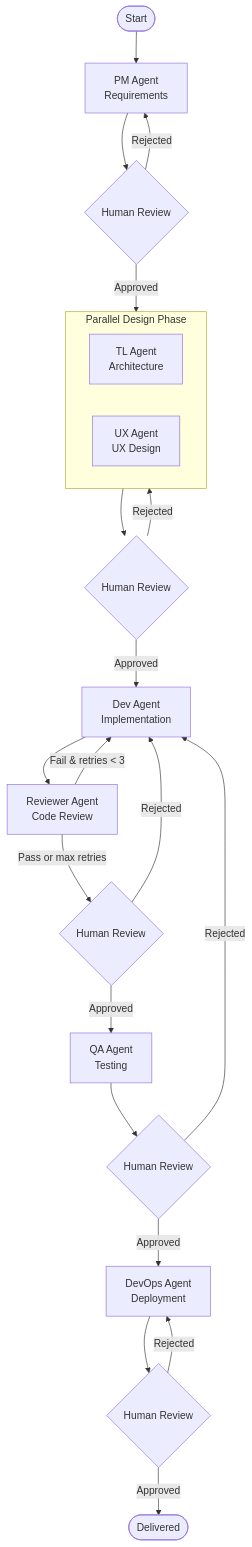
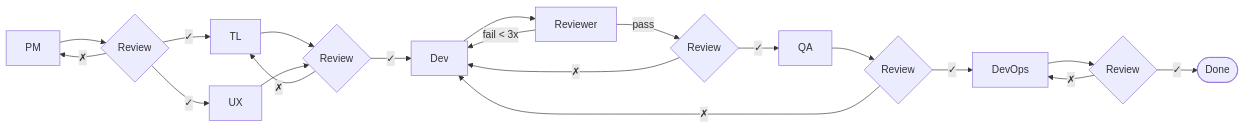
One commit to mingkai2015/agent-team changed the diagram in README.md. Above: the diagram before and after it, drawn with Mermaid. The commit also changed other lines of this file, not shown here.

Commit message:
Compact workflow diagram and template line

````diff
--- a/README.md
+++ b/README.md
@@ -31,30 +31,20 @@
 ```mermaid
-graph TD
-    A([Start]) --> PM[PM Agent\nRequirements]
-    PM --> HR1{Human Review}
-    HR1 -->|Approved| DD[Parallel Design]
-    HR1 -->|Rejected| PM
-
-    subgraph DD[Parallel Design Phase]
-        TL[TL Agent\nArchitecture]
-        UX[UX Agent\nUX Design]
-    end
-
-    DD --> HR2{Human Review}
-    HR2 -->|Approved| DEV[Dev Agent\nImplementation]
-    HR2 -->|Rejected| DD
-
-    DEV --> REV[Reviewer Agent\nCode Review]
-    REV -->|Fail & retries < 3| DEV
-    REV -->|Pass or max retries| HR3{Human Review}
-    HR3 -->|Approved| QA[QA Agent\nTesting]
-    HR3 -->|Rejected| DEV
-
-    QA --> HR4{Human Review}
-    HR4 -->|Approved| OPS[DevOps Agent\nDeployment]
-    HR4 -->|Rejected| DEV
-
-    OPS --> HR5{Human Review}
-    HR5 -->|Approved| DONE([Delivered])
-    HR5 -->|Rejected| OPS
+graph LR
+    PM[PM] --> G1{Review}
+    G1 -->|✓| TL[TL] & UX[UX]
+    G1 -->|✗| PM
+    TL & UX --> G2{Review}
+    G2 -->|✓| DEV[Dev]
+    G2 -->|✗| TL
+    DEV --> REV[Reviewer]
+    REV -->|fail < 3x| DEV
+    REV -->|pass| G3{Review}
+    G3 -->|✓| QA[QA]
+    G3 -->|✗| DEV
+    QA --> G4{Review}
+    G4 -->|✓| OPS[DevOps]
+    G4 -->|✗| DEV
+    OPS --> G5{Review}
+    G5 -->|✓| DONE([Done])
+    G5 -->|✗| OPS
 ```
````
